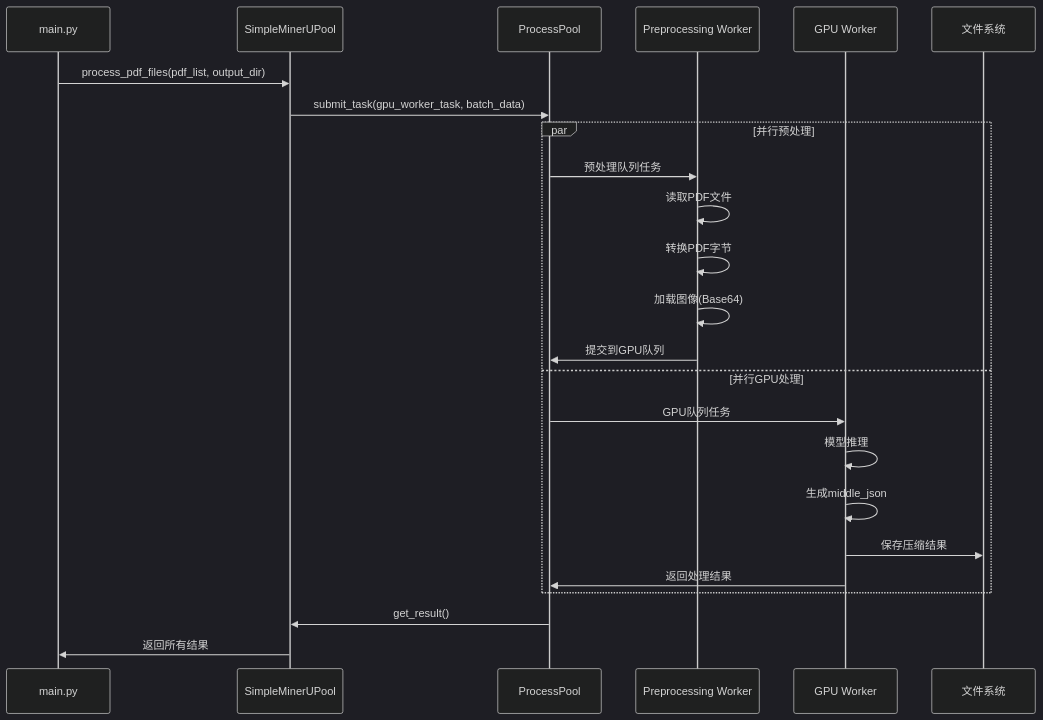
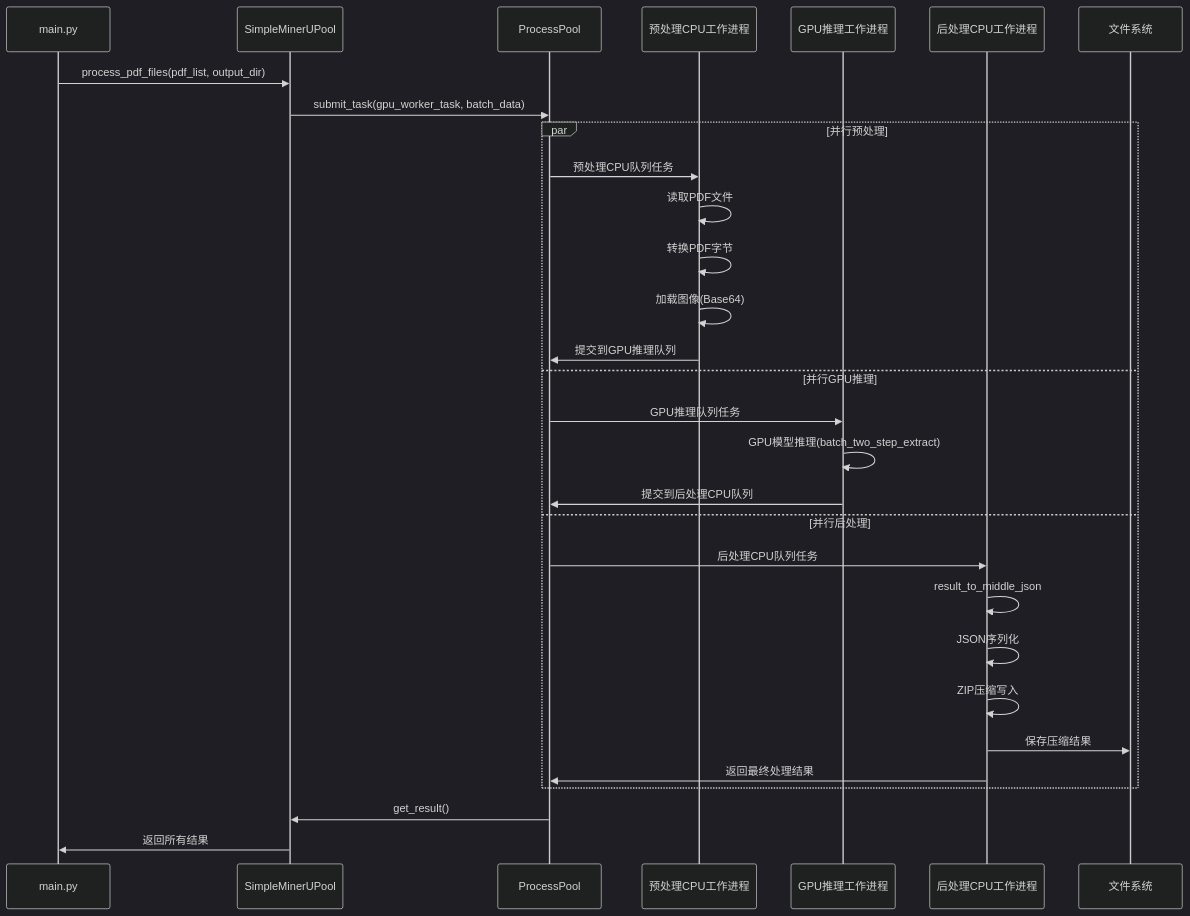
The second of 9 diagrams in arch.md (chukonu-team/MinerU-merge), drawn with Mermaid (dark theme) before and after one commit. The commit also changed other lines of this file and 2 other files, not shown here.

````diff
--- a/arch.md
+++ b/arch.md
@@ -50,29 +53,35 @@
 ```mermaid
 sequenceDiagram
     participant Main as main.py
     participant MinerUPool as SimpleMinerUPool
     participant ProcPool as ProcessPool
-    participant PreWorker as Preprocessing Worker
-    participant GPUWorker as GPU Worker
+    participant PreWorker as 预处理CPU工作进程
+    participant GPUWorker as GPU推理工作进程
+    participant PostWorker as 后处理CPU工作进程
     participant Storage as 文件系统
 
     Main->>MinerUPool: process_pdf_files(pdf_list, output_dir)
     MinerUPool->>ProcPool: submit_task(gpu_worker_task, batch_data)
 
     par 并行预处理
-        ProcPool->>PreWorker: 预处理队列任务
+        ProcPool->>PreWorker: 预处理CPU队列任务
         PreWorker->>PreWorker: 读取PDF文件
         PreWorker->>PreWorker: 转换PDF字节
         PreWorker->>PreWorker: 加载图像(Base64)
-        PreWorker->>ProcPool: 提交到GPU队列
-    and 并行GPU处理
-        ProcPool->>GPUWorker: GPU队列任务
-        GPUWorker->>GPUWorker: 模型推理
-        GPUWorker->>GPUWorker: 生成middle_json
-        GPUWorker->>Storage: 保存压缩结果
-        GPUWorker->>ProcPool: 返回处理结果
+        PreWorker->>ProcPool: 提交到GPU推理队列
+    and 并行GPU推理
+        ProcPool->>GPUWorker: GPU推理队列任务
+        GPUWorker->>GPUWorker: GPU模型推理(batch_two_step_extract)
+        GPUWorker->>ProcPool: 提交到后处理CPU队列
+    and 并行后处理
+        ProcPool->>PostWorker: 后处理CPU队列任务
+        PostWorker->>PostWorker: result_to_middle_json
+        PostWorker->>PostWorker: JSON序列化
+        PostWorker->>PostWorker: ZIP压缩写入
+        PostWorker->>Storage: 保存压缩结果
+        PostWorker->>ProcPool: 返回最终处理结果
     end
 
     ProcPool->>MinerUPool: get_result()
     MinerUPool->>Main: 返回所有结果
 ```
````
